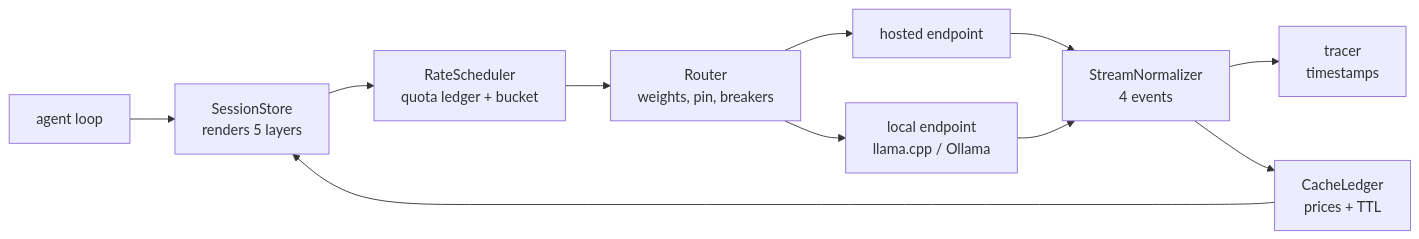
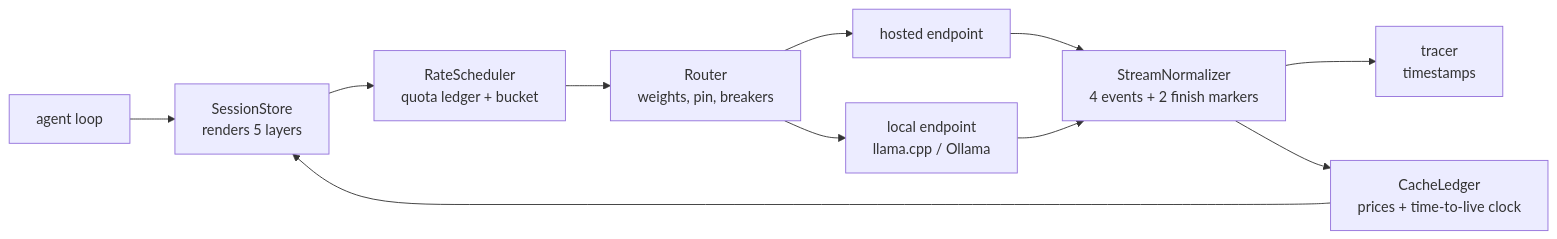
Before and after one commit to arbazkhan971/inference-engineering-book: the diagram in manuscript/appendix-d-tinyengine-companion.md, drawn with Mermaid. The commit also changed other lines of this file and 13 other files, not shown here.

Commit message:
appendix-d: gate-2 fix pass (3 P1 + 6 P2 — five-layer renderer sentence, four node: built-ins, ch12 grammar counts three->four incl. diagram + ELI5 ripples, burst-trap off-by-one, Anthropic otpm-not-debited, six-member Event union, ttftSeconds, RateScheduler naming, acronym expansions)

````diff
--- a/manuscript/appendix-d-tinyengine-companion.md
+++ b/manuscript/appendix-d-tinyengine-companion.md
@@ -22,13 +22,13 @@
 ```mermaid
 graph LR
     A[agent loop] --> S[SessionStore<br/>renders 5 layers]
     S --> Q[RateScheduler<br/>quota ledger + bucket]
     Q --> R[Router<br/>weights, pin, breakers]
     R --> H[hosted endpoint]
     R --> L[local endpoint<br/>llama.cpp / Ollama]
-    H --> N[StreamNormalizer<br/>4 events]
+    H --> N[StreamNormalizer<br/>4 events + 2 finish markers]
     L --> N
     N --> T[tracer<br/>timestamps]
-    N --> M[CacheLedger<br/>prices + TTL]
+    N --> M[CacheLedger<br/>prices + time-to-live clock]
     M --> S
 ```
````
